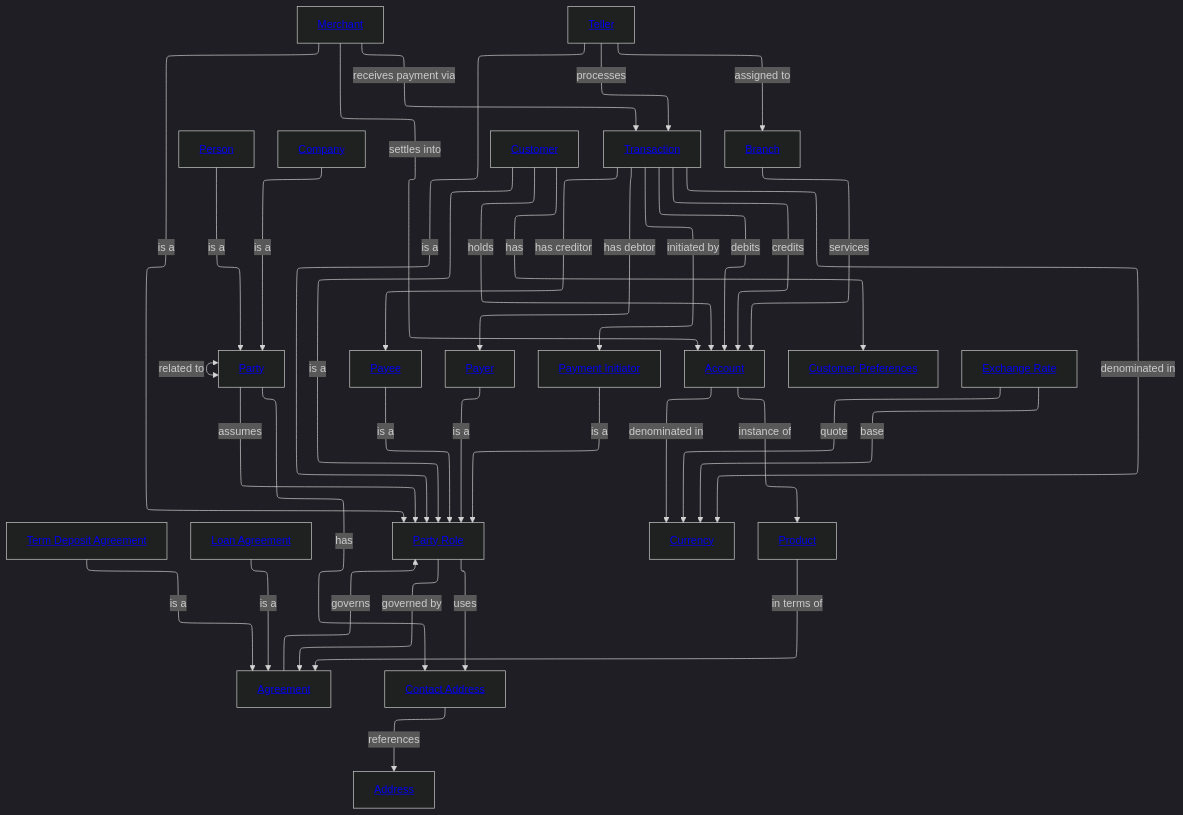
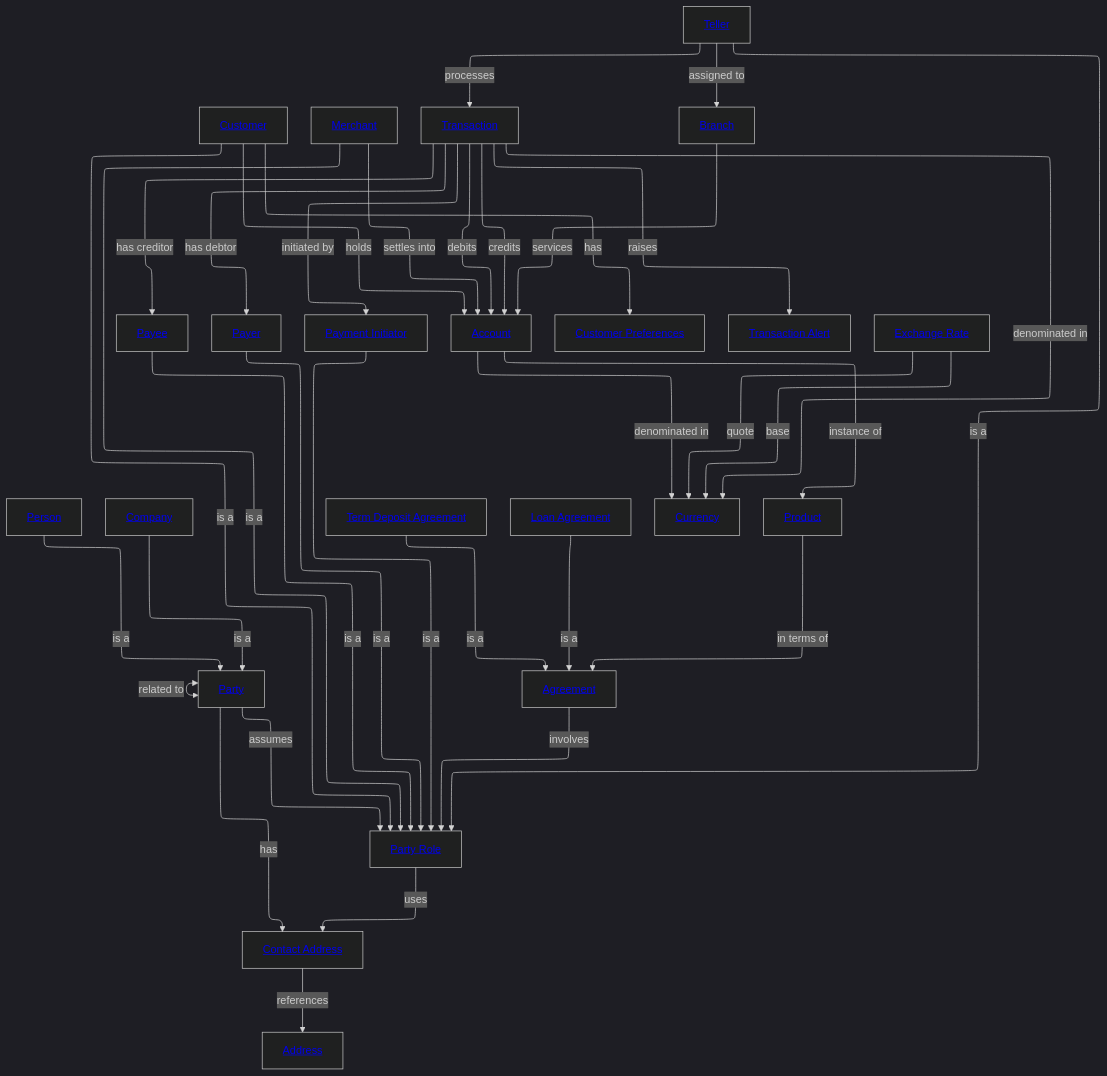
One commit to Semprini/md-ddl changed the diagram in examples/Financial Crime/domain.md. Above: the diagram before and after it, drawn with Mermaid. The commit also changed other lines of this file and 40 other files, not shown here.

````diff
--- a/examples/Financial Crime/domain.md
+++ b/examples/Financial Crime/domain.md
@@ -43,80 +40,80 @@
 ```mermaid
 ---
 config:
   layout: elk
   elk:
     mergeEdges: false
     nodePlacementStrategy: LINEAR_SEGMENTS
   look: classic
   theme: dark
 ---
 graph TD
 
   Person --> |is a|Party
   Company --> |is a|Party
   TermDepositAgreement --> |is a|Agreement
   LoanAgreement --> |is a|Agreement
 
   Party <--> |related to|Party
   Party --> |assumes|PartyRole
 
   Customer --> |is a|PartyRole
   Merchant --> |is a|PartyRole
   Payee --> |is a|PartyRole
   Payer --> |is a|PartyRole
   Teller --> |is a|PartyRole
   PaymentInitiator --> |is a|PartyRole
 
   Party --> |has|ContactAddress
   PartyRole --> |uses|ContactAddress
   Customer --> |holds|Account
   Customer --> |has|CustomerPreferences
-  PartyRole --> |governed by|Agreement
+  Transaction --> |raises|TransactionAlert
   
   Transaction --> |has debtor|Payer
   Transaction --> |has creditor|Payee
   Transaction --> |initiated by|PaymentInitiator
   Transaction --> |denominated in|Currency
   Transaction --> |debits|Account
   Transaction --> |credits|Account
   
   Teller --> |processes|Transaction
   Teller --> |assigned to|Branch
-  Merchant --> |receives payment via|Transaction
   Merchant --> |settles into|Account
 
   Account --> |instance of|Product
   Account --> |denominated in|Currency
   Branch --> |services|Account
 
   Product --> |in terms of|Agreement
-  Agreement --> |governs|PartyRole
+  Agreement --> |involves|PartyRole
   
   ContactAddress --> |references|Address
 
   ExchangeRate --> |base|Currency
   ExchangeRate --> |quote|Currency
   
   Party["<a href='./entities/party.md'>Party</a>"]
   Person["<a href='./entities/person.md'>Person</a>"]
   Company["<a href='./entities/company.md'>Company</a>"]
   PartyRole["<a href='./entities/party_role.md'>Party Role</a>"]
   Customer["<a href='./entities/customer.md'>Customer</a>"]
   Merchant["<a href='./entities/merchant.md'>Merchant</a>"]
   Payer["<a href='./entities/payer.md'>Payer</a>"]
   Payee["<a href='./entities/payee.md'>Payee</a>"]
   Teller["<a href='./entities/teller.md'>Teller</a>"]
   PaymentInitiator["<a href='./entities/payment_initiator.md'>Payment Initiator</a>"]  
   Address["<a href='./entities/address.md'>Address</a>"]
   ContactAddress["<a href='./entities/contact_address.md'>Contact Address</a>"]
   CustomerPreferences["<a href='./entities/customer-preferences.md'>Customer Preferences</a>"]
   Account["<a href='./entities/account.md'>Account</a>"]
   Product["<a href='./entities/product.md'>Product</a>"]
   Agreement["<a href='./entities/agreement.md'>Agreement</a>"]
   LoanAgreement["<a href='./entities/loan-agreement.md'>Loan Agreement</a>"]
   TermDepositAgreement["<a href='./entities/term-deposit-agreement.md'>Term Deposit Agreement</a>"]
   Transaction["<a href='./entities/transaction.md'>Transaction</a>"]
   Branch["<a href='./entities/branch.md'>Branch</a>"]
   Currency["<a href='./entities/currency.md'>Currency</a>"]
   ExchangeRate["<a href='./entities/exchange-rate.md'>Exchange Rate</a>"]
+  TransactionAlert["<a href='./entities/transaction-alert.md'>Transaction Alert</a>"]
 ```
````
